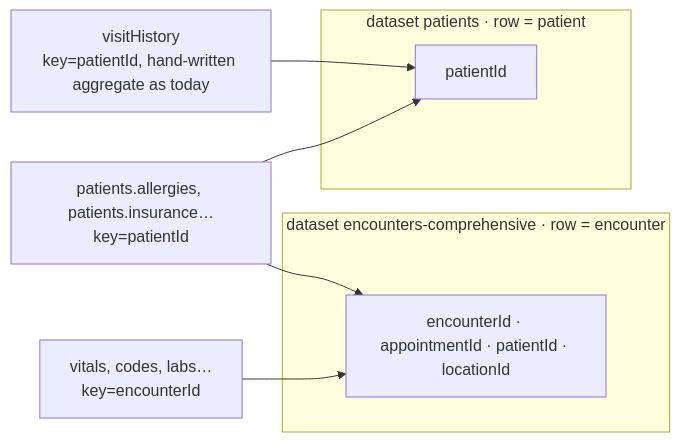
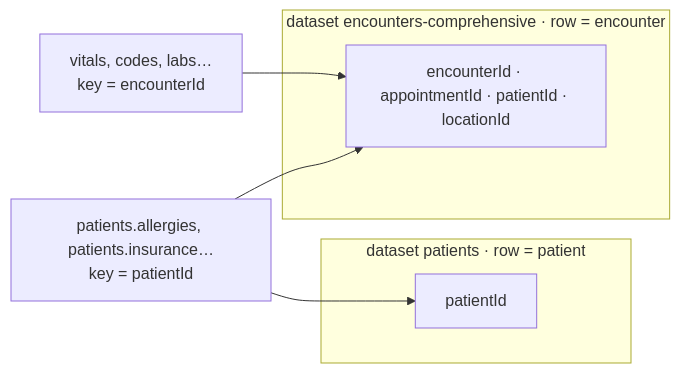
One commit to masslight/ottehr changed the seventh of 7 diagrams in docs/adhoc-layer-graph.md. Above: the diagram before and after it, drawn with Mermaid. The commit also changed other lines of this file, not shown here.

````diff
--- a/docs/adhoc-layer-graph.md
+++ b/docs/adhoc-layer-graph.md
@@ -297,13 +257,12 @@
 ```mermaid
 flowchart LR
   subgraph G1["dataset encounters-comprehensive · row = encounter"]
     VK["encounterId · appointmentId · patientId · locationId"]
   end
   subgraph G2["dataset patients · row = patient"]
     PK["patientId"]
   end
-  L1["vitals, codes, labs…<br/>key=encounterId"] --> VK
-  L2["patients.allergies, patients.insurance…<br/>key=patientId"] --> VK
+  L1["vitals, codes, labs…<br/>key = encounterId"] --> VK
+  L2["patients.allergies, patients.insurance…<br/>key = patientId"] --> VK
   L2 --> PK
-  L3["visitHistory<br/>key=patientId, hand-written aggregate as today"] --> PK
 ```
````
